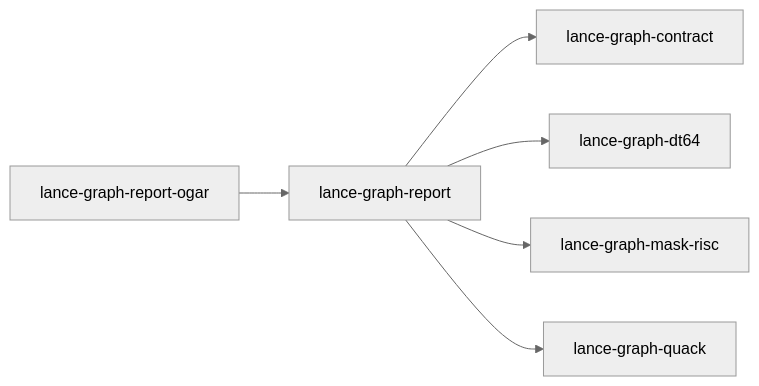
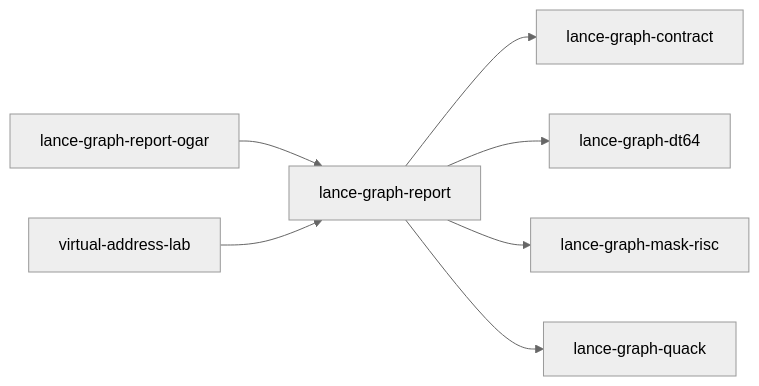
Before and after one commit to AdaWorldAPI/lance-graph: the diagram in .codegraph/crates/lance-graph-report.index.md, drawn with Mermaid (neutral theme). The commit also changed other lines of this file and 24 other files, not shown here.

First line of the commit message:
chore(codegraph): regenerate for crates/virtual-address-lab

````diff
--- a/.codegraph/crates/lance-graph-report.index.md
+++ b/.codegraph/crates/lance-graph-report.index.md
@@ -309,14 +310,16 @@
 ```mermaid
 flowchart LR
   n45["lance-graph-contract"]
   n48["lance-graph-dt64"]
   n53["lance-graph-mask-risc"]
   n63["lance-graph-quack"]
   n67["lance-graph-report"]
   n68["lance-graph-report-ogar"]
+  n97["virtual-address-lab"]
   n67 --> n45
   n67 --> n48
   n67 --> n53
   n67 --> n63
   n68 --> n67
+  n97 --> n67
 ```
````
